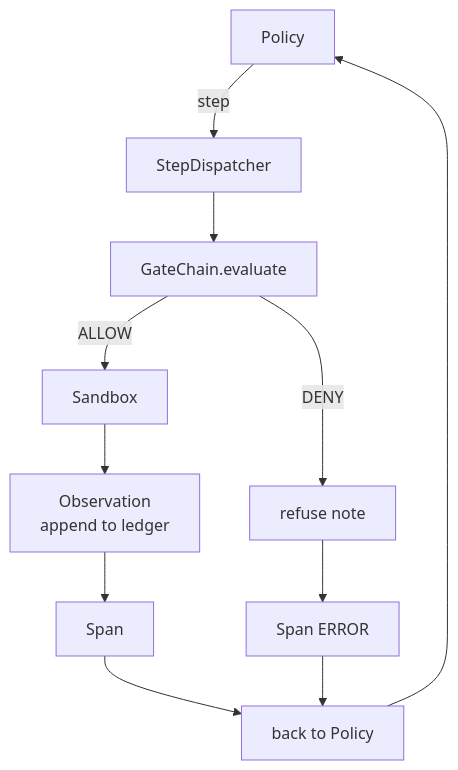
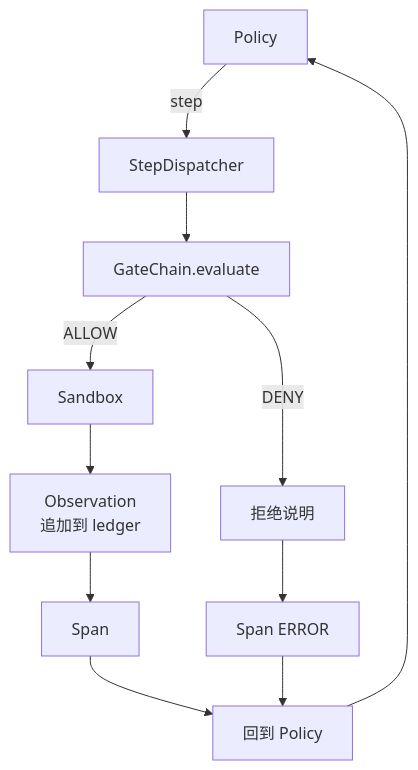
Before and after one commit to JerryC8080/ai-engineering-from-scratch-zh: the second of 2 diagrams in phases/19-capstone-projects/29-end-to-end-coding-task-demo/docs/zh.md, drawn with Mermaid. The commit also changed other lines of this file and 156 other files, not shown here.

First line of the commit message:
i18n(zh): translate mermaid diagram labels in 157 lesson zh.md

````diff
--- a/phases/19-capstone-projects/29-end-to-end-coding-task-demo/docs/zh.md
+++ b/phases/19-capstone-projects/29-end-to-end-coding-task-demo/docs/zh.md
@@ -56,13 +56,13 @@
 ```mermaid
 flowchart TD
   Policy -->|step| Dispatcher[StepDispatcher]
   Dispatcher --> Gate[GateChain.evaluate]
   Gate -->|ALLOW| Sandbox
-  Gate -->|DENY| Refuse[refuse note]
-  Sandbox --> Obs[Observation<br/>append to ledger]
+  Gate -->|DENY| Refuse[拒绝说明]
+  Sandbox --> Obs[Observation<br/>追加到 ledger]
   Obs --> Span
   Refuse --> SpanErr[Span ERROR]
-  Span --> Back[back to Policy]
+  Span --> Back[回到 Policy]
   SpanErr --> Back
   Back --> Policy
 ```
````
